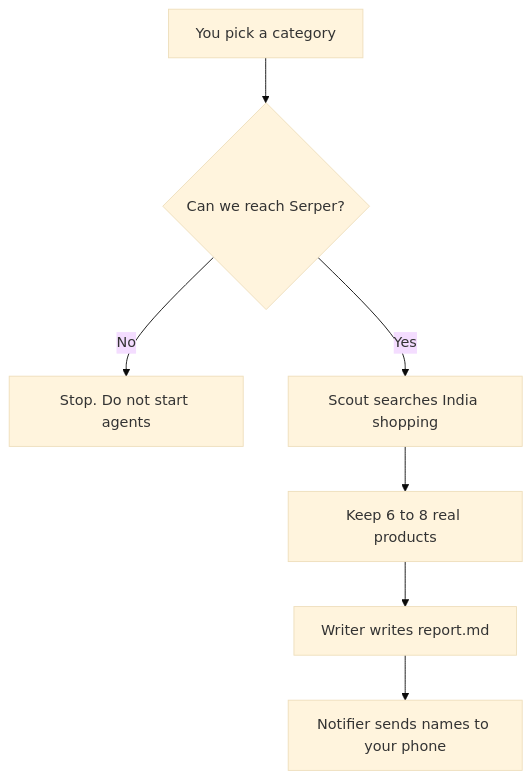
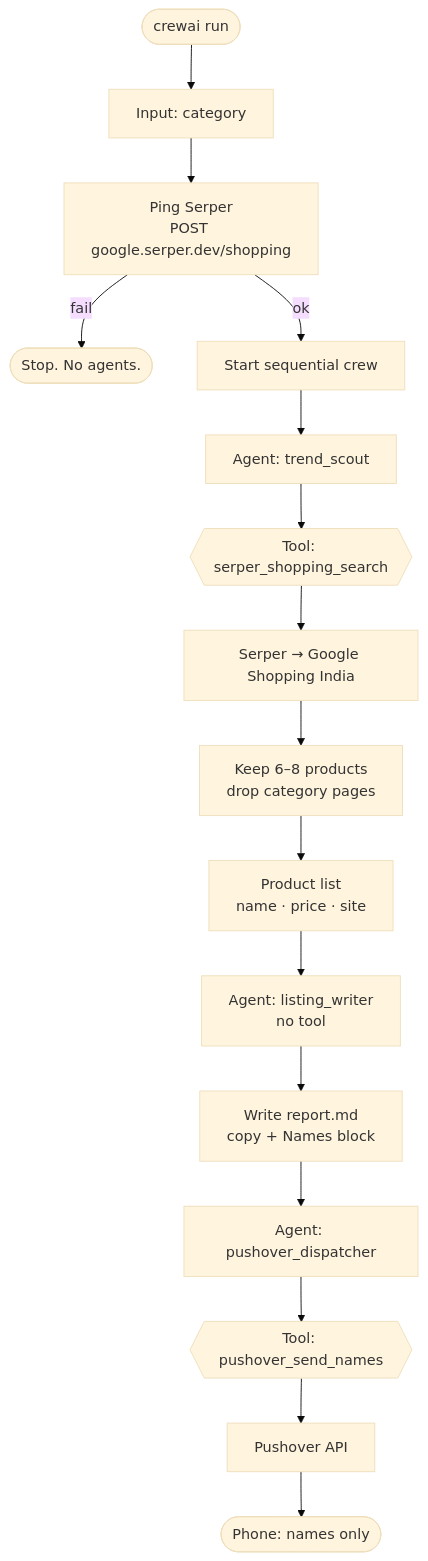
One commit to Mayankgupta1754/shoppiomart_recommender changed the diagram in README.md. Above: the diagram before and after it, drawn with Mermaid (base theme). The commit also changed other lines of this file, not shown here.

Commit message:
update 102

````diff
--- a/README.md
+++ b/README.md
@@ -17,9 +17,21 @@
 ```mermaid
-flowchart TD
-    A[You pick a category] --> B{Can we reach Serper?}
-    B -->|No| X[Stop. Do not start agents]
-    B -->|Yes| C[Scout searches India shopping]
-    C --> D[Keep 6 to 8 real products]
-    D --> E[Writer writes report.md]
-    E --> F[Notifier sends names to your phone]
+flowchart TB
+    START([crewai run]) --> IN[Input: category]
+    IN --> CHECK[Ping Serper<br/>POST google.serper.dev/shopping]
+    CHECK -->|fail| STOP([Stop. No agents.])
+    CHECK -->|ok| KICK[Start sequential crew]
+
+    KICK --> SCOUT[Agent: trend_scout]
+    SCOUT --> T1{{Tool: serper_shopping_search}}
+    T1 --> API1[Serper → Google Shopping India]
+    API1 --> PICK[Keep 6–8 products<br/>drop category pages]
+    PICK --> LIST[Product list<br/>name · price · site]
+
+    LIST --> WRITER[Agent: listing_writer<br/>no tool]
+    WRITER --> MD[Write report.md<br/>copy + Names block]
+
+    MD --> DISP[Agent: pushover_dispatcher]
+    DISP --> T2{{Tool: pushover_send_names}}
+    T2 --> API2[Pushover API]
+    API2 --> PHONE([Phone: names only])
 ```
````
